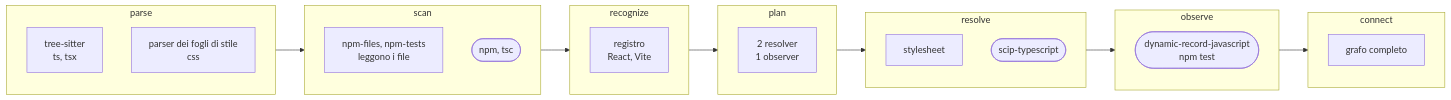
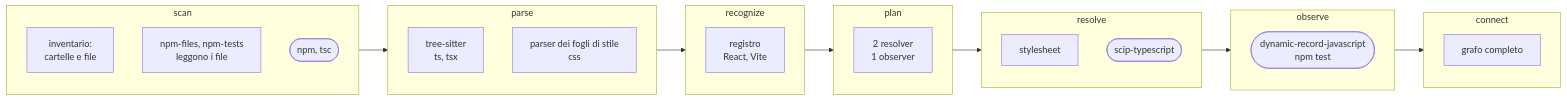
One commit to acaprino/daodan changed the second of 4 diagrams in docs/plugins/codebase-map.md. Above: the diagram before and after it, drawn with Mermaid. The commit also changed other lines of this file and 2 other files, not shown here.

First line of the commit message:
docs(pipeline): scan viene prima di parse

````diff
--- a/docs/plugins/codebase-map.md
+++ b/docs/plugins/codebase-map.md
@@ -124,28 +124,29 @@
 ```mermaid
 flowchart LR
+  subgraph scan
+    b0["inventario:<br>cartelle e file"]
+    b1["npm-files, npm-tests<br>leggono i file"]
+    b2([npm, tsc])
+  end
   subgraph parse
     a1[tree-sitter<br>ts, tsx]
     a2[parser dei fogli di stile<br>css]
-  end
-  subgraph scan
-    b1["npm-files, npm-tests<br>leggono i file"]
-    b2([npm, tsc])
   end
   subgraph recognize
     c1[registro<br>React, Vite]
   end
   subgraph plan
     d1[2 resolver<br>1 observer]
   end
   subgraph resolve
     e1[stylesheet]
     e2([scip-typescript])
   end
   subgraph observe
     f1([dynamic-record-javascript<br>npm test])
   end
   subgraph connect
     g1[grafo completo]
   end
-  parse --> scan --> recognize --> plan --> resolve --> observe --> connect
+  scan --> parse --> recognize --> plan --> resolve --> observe --> connect
 ```
````
